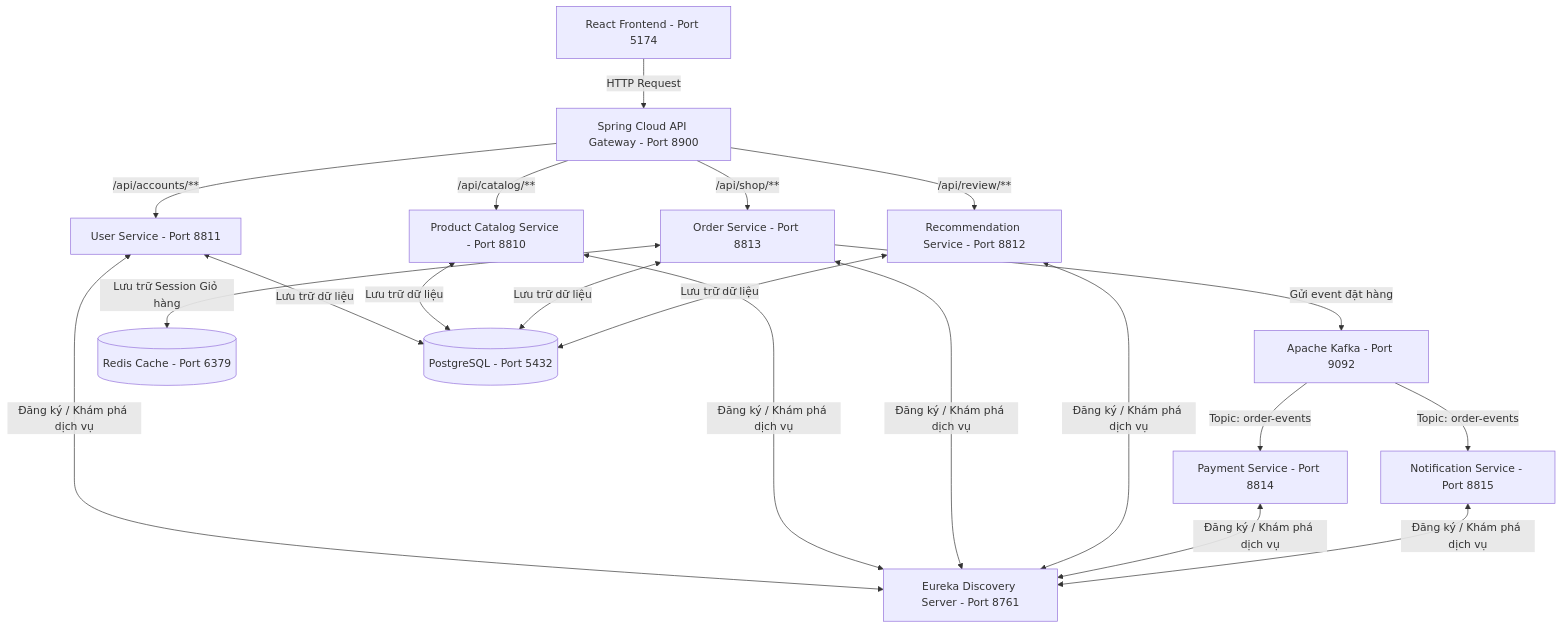
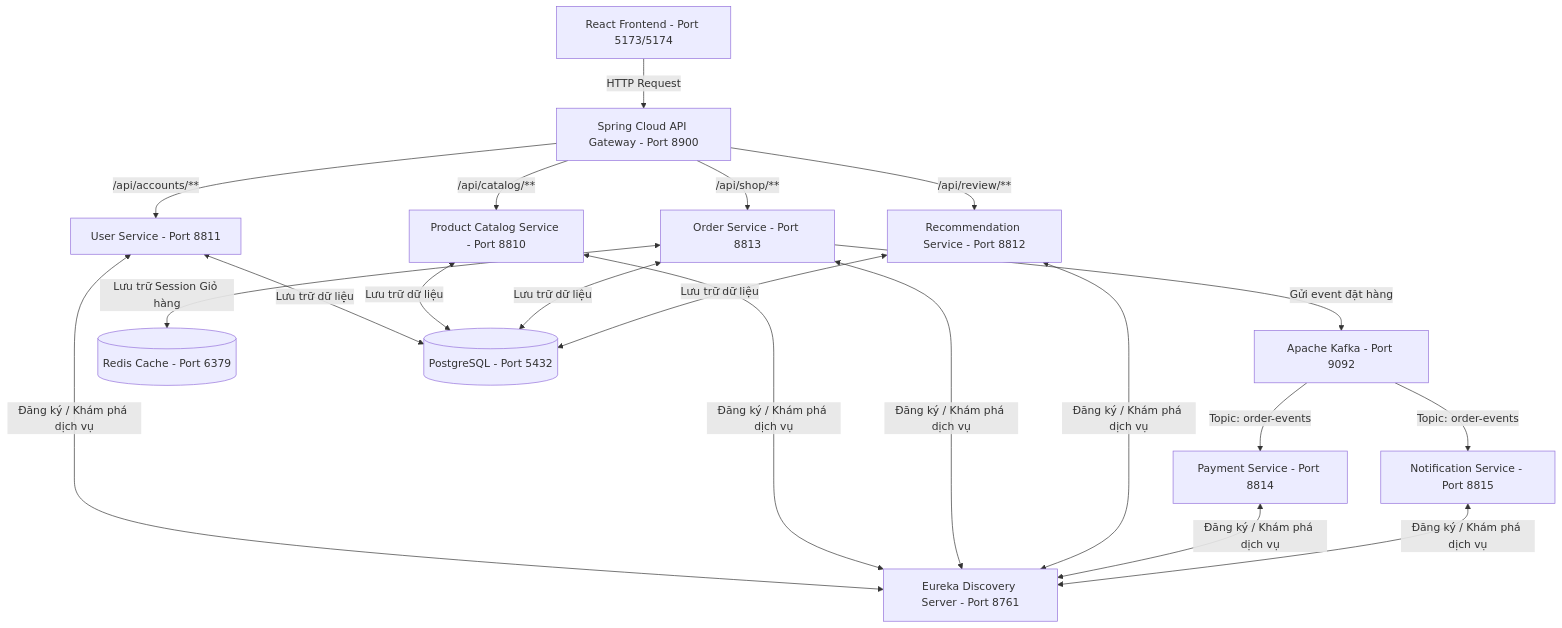
One commit to Tuantai17/2T-Coffee-Shop changed the diagram in README.md. Above: the diagram before and after it, drawn with Mermaid. The commit also changed other lines of this file and 26 other files, not shown here.

````diff
--- a/README.md
+++ b/README.md
@@ -22,18 +40,18 @@
 ```mermaid
 graph TD
-    Client[React Frontend - Port 5174] -->|HTTP Request| Gateway[Spring Cloud API Gateway - Port 8900]
+    Client[React Frontend - Port 5173/5174] -->|HTTP Request| Gateway[Spring Cloud API Gateway - Port 8900]
   
     Gateway -->|/api/accounts/**| UserService[User Service - Port 8811]
     Gateway -->|/api/catalog/**| CatalogService[Product Catalog Service - Port 8810]
     Gateway -->|/api/shop/**| OrderService[Order Service - Port 8813]
     Gateway -->|/api/review/**| RecService[Recommendation Service - Port 8812]
   
     UserService & CatalogService & OrderService & RecService & PaymentService[Payment Service - Port 8814] & NotificationService[Notification Service - Port 8815] <-->|Đăng ký / Khám phá dịch vụ| Eureka[Eureka Discovery Server - Port 8761]
   
     OrderService -->|Gửi event đặt hàng| Kafka[Apache Kafka - Port 9092]
     Kafka -->|Topic: order-events| PaymentService
     Kafka -->|Topic: order-events| NotificationService
   
     OrderService <-->|Lưu trữ Session Giỏ hàng| Redis[(Redis Cache - Port 6379)]
     UserService & CatalogService & OrderService & RecService <-->|Lưu trữ dữ liệu| Postgres[(PostgreSQL - Port 5432)]
 ```
````
